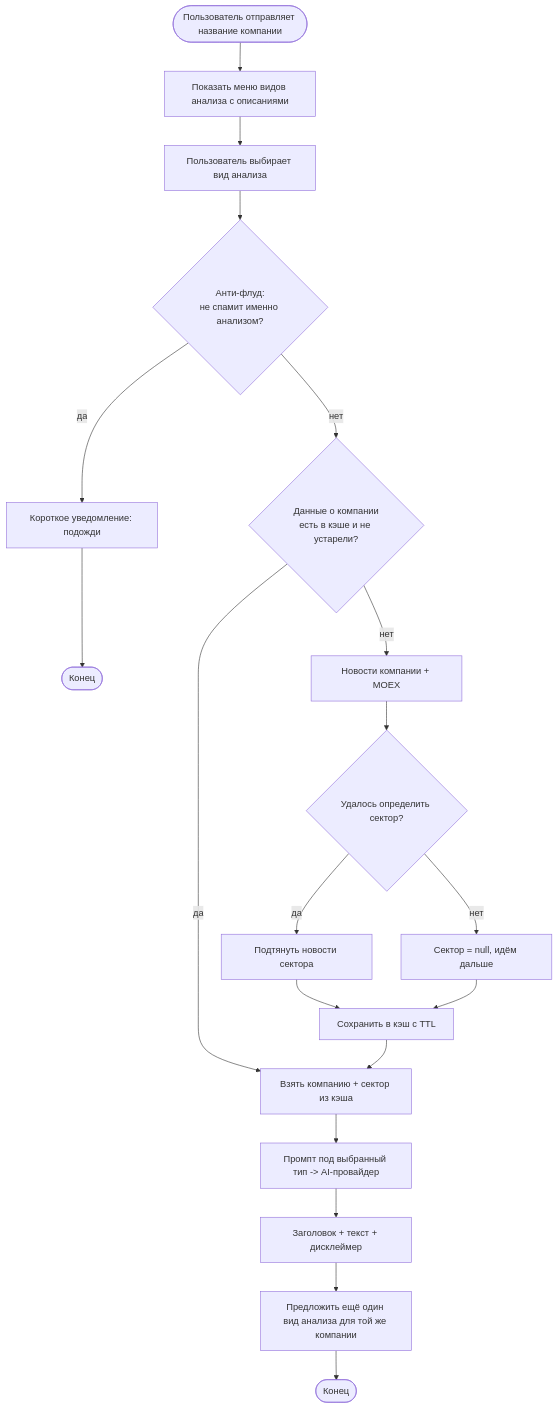
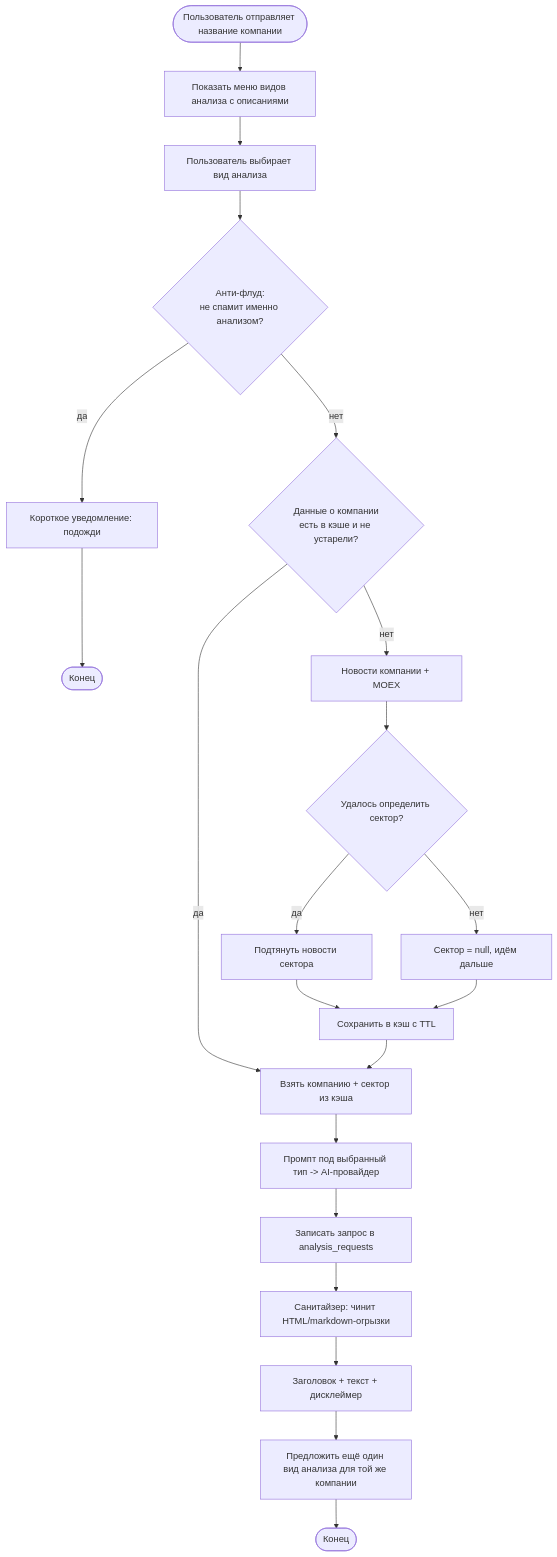
Before and after one commit to keshtoim/analysis_for_invest_bot: the fourth of 5 diagrams in README.md, drawn with Mermaid. The commit also changed other lines of this file, not shown here.

First line of the commit message:
docs: README/диаграммы под монетизацию, профиль, /stats, санитайзер

````diff
--- a/README.md
+++ b/README.md
@@ -203,20 +280,22 @@
 ```mermaid
 flowchart TD
     Start([Пользователь отправляет название компании]) --> Menu[Показать меню видов анализа с описаниями]
     Menu --> Choice[Пользователь выбирает вид анализа]
     Choice --> Flood{Анти-флуд:<br/>не спамит именно анализом?}
     Flood -- да --> WaitMsg[Короткое уведомление: подожди] --> End1([Конец])
     Flood -- нет --> Cache{Данные о компании<br/>есть в кэше и не устарели?}
     Cache -- да --> UseCache[Взять компанию + сектор из кэша]
     Cache -- нет --> Fetch[Новости компании + MOEX]
     Fetch --> Sector{Удалось определить сектор?}
     Sector -- да --> SectorNews[Подтянуть новости сектора]
     Sector -- нет --> NoSector[Сектор = null, идём дальше]
     SectorNews --> SaveCache[Сохранить в кэш с TTL]
     NoSector --> SaveCache
     SaveCache --> UseCache
     UseCache --> AI[Промпт под выбранный тип -> AI-провайдер]
-    AI --> Send[Заголовок + текст + дисклеймер]
+    AI --> Log[Записать запрос в analysis_requests]
+    Log --> Sanitize[Санитайзер: чинит HTML/markdown-огрызки]
+    Sanitize --> Send[Заголовок + текст + дисклеймер]
     Send --> Offer[Предложить ещё один вид анализа для той же компании]
     Offer --> End2([Конец])
 ```
````
